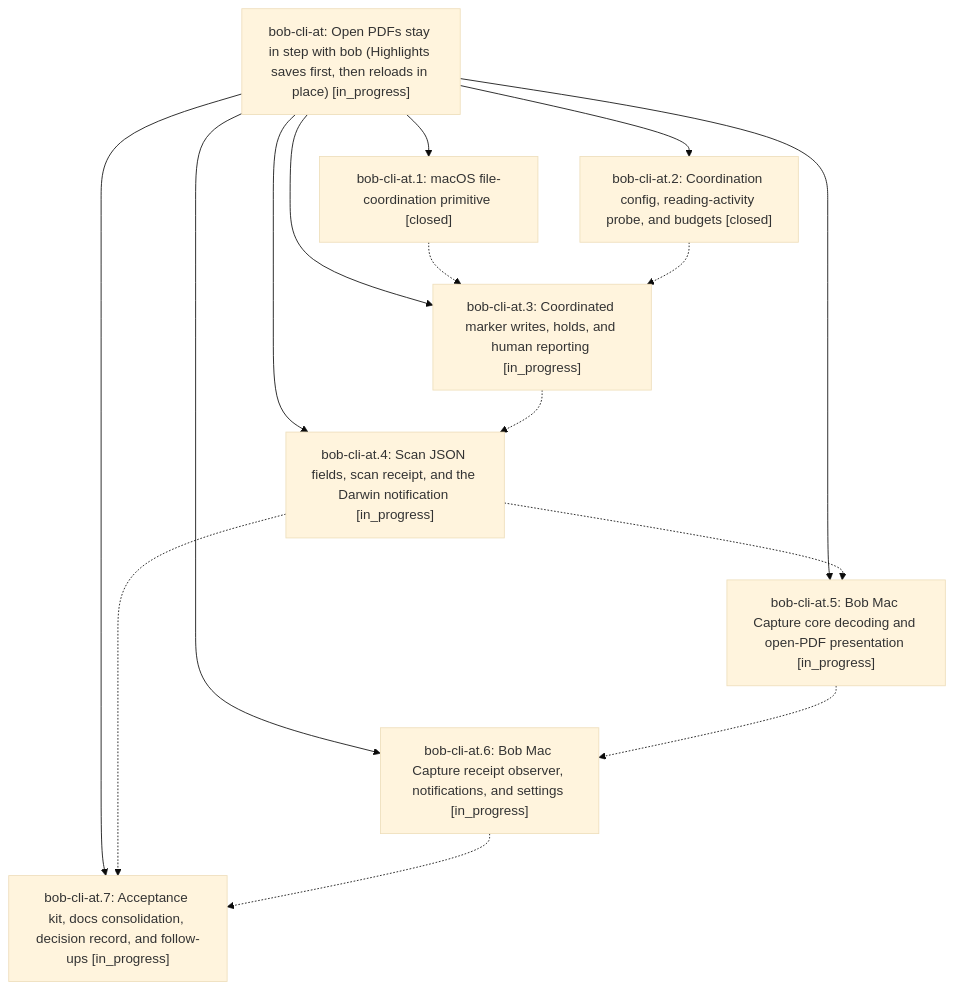
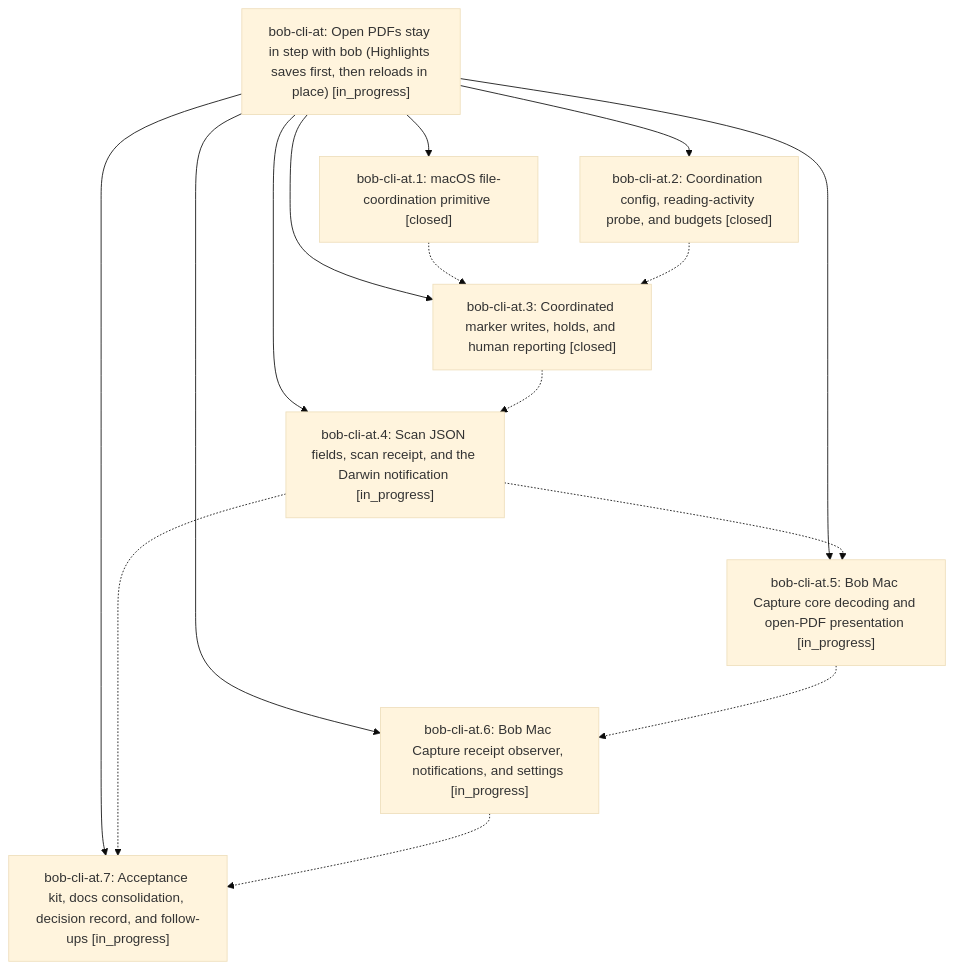
Before and after one commit to bobs-org/bob-cli--beads: the diagram in pages/bob-cli-at/README.md, drawn with Mermaid (base theme). The commit also changed other lines of this file and 4 other files, not shown here.

First line of the commit message:
chore(beads): sync bead state and pages for bob-cli-at

````diff
--- a/pages/bob-cli-at/README.md
+++ b/pages/bob-cli-at/README.md
@@ -42,25 +42,25 @@
 ```mermaid
 flowchart TD
     n0["bob-cli-at: Open PDFs stay in step with bob (Highlights saves first, then reloads in place) [in_progress]"]
     n1["bob-cli-at.1: macOS file-coordination primitive [closed]"]
     n2["bob-cli-at.2: Coordination config, reading-activity probe, and budgets [closed]"]
-    n3["bob-cli-at.3: Coordinated marker writes, holds, and human reporting [in_progress]"]
+    n3["bob-cli-at.3: Coordinated marker writes, holds, and human reporting [closed]"]
     n4["bob-cli-at.4: Scan JSON fields, scan receipt, and the Darwin notification [in_progress]"]
     n5["bob-cli-at.5: Bob Mac Capture core decoding and open-PDF presentation [in_progress]"]
     n6["bob-cli-at.6: Bob Mac Capture receipt observer, notifications, and settings [in_progress]"]
     n7["bob-cli-at.7: Acceptance kit, docs consolidation, decision record, and follow-ups [in_progress]"]
     n0 --> n1
     n0 --> n2
     n0 --> n3
     n0 --> n4
     n0 --> n5
     n0 --> n6
     n0 --> n7
     n1 -.-> n3
     n2 -.-> n3
     n3 -.-> n4
     n4 -.-> n5
     n4 -.-> n7
     n5 -.-> n6
     n6 -.-> n7
 ```
````
